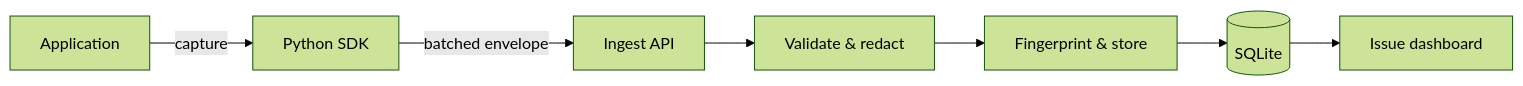
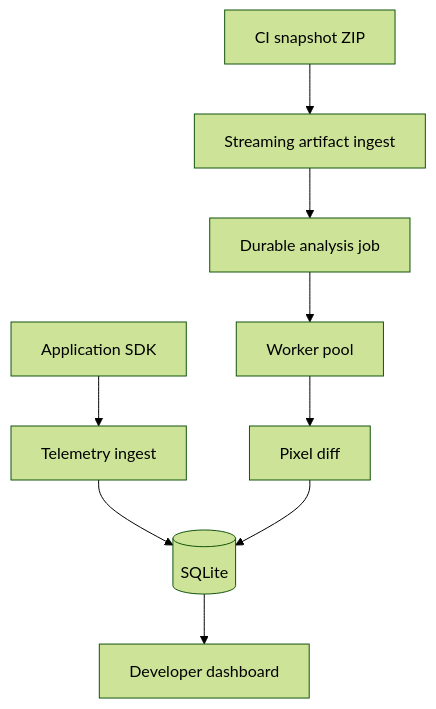
One commit to KDDMR/traceharbor changed the diagram in README.md. Above: the diagram before and after it, drawn with Mermaid (forest theme). The commit also changed other lines of this file and 33 other files, not shown here.

First line of the commit message:
Add durable snapshot artifact analysis pipeline

````diff
--- a/README.md
+++ b/README.md
@@ -20,9 +23,11 @@
 ```mermaid
-flowchart LR
-    A[Application] -->|capture| B[Python SDK]
-    B -->|batched envelope| C[Ingest API]
-    C --> D[Validate & redact]
-    D --> E[Fingerprint & store]
-    E --> F[(SQLite)]
-    F --> G[Issue dashboard]
+flowchart TD
+    A[Application SDK] --> B[Telemetry ingest]
+    C[CI snapshot ZIP] --> D[Streaming artifact ingest]
+    B --> E[(SQLite)]
+    D --> F[Durable analysis job]
+    F --> G[Worker pool]
+    G --> H[Pixel diff]
+    H --> E
+    E --> I[Developer dashboard]
 ```
````
